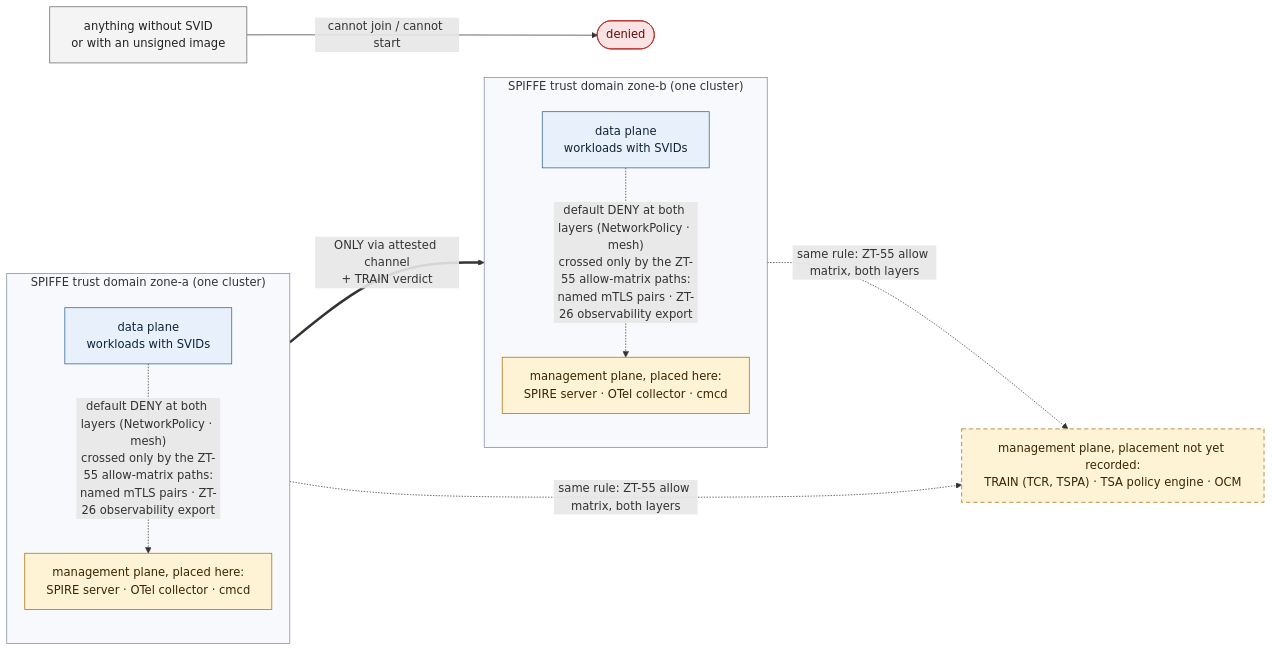
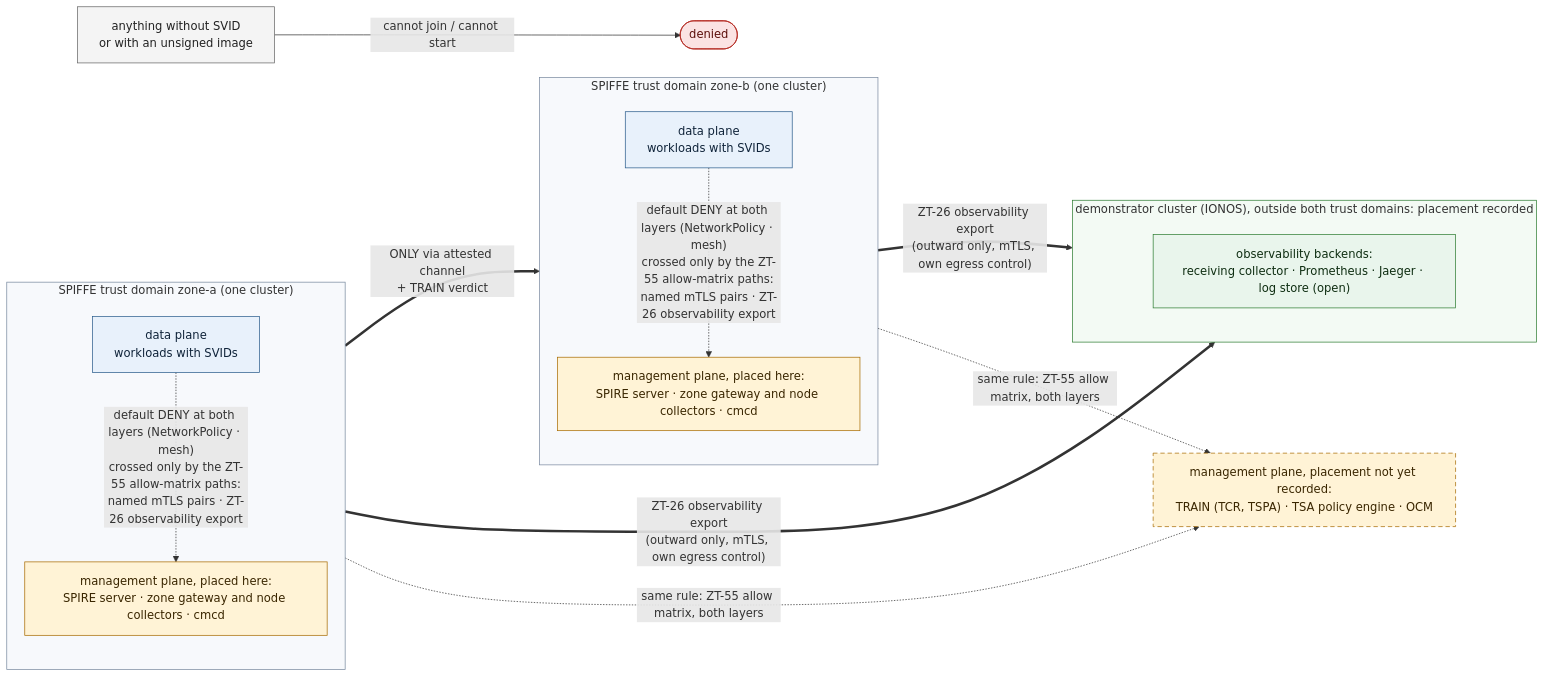
One commit to blopes-atals/facis-zero-trust-demonstrator changed the diagram in docs/diagrams/03-trust-boundaries.mmd. Above: the diagram before and after it, drawn with Mermaid. The commit also changed 21 other files, not shown here.

Commit message:
Document the observability placement in ADR-0012 and the guides

```diff
--- a/docs/diagrams/03-trust-boundaries.mmd
+++ b/docs/diagrams/03-trust-boundaries.mmd
@@ -1,45 +1,55 @@
-%% Render: npx -y -p @mermaid-js/mermaid-cli mmdc --no-font-embed -i docs/diagrams/03-trust-boundaries.mmd -o docs/diagrams/03-trust-boundaries.svg
-%% Diagram 03, trust boundaries. Illustrates ARCHITECTURE section 6; the allow matrix there is the place of record.
+%% Render: docker run --rm -u "$(id -u):$(id -g)" -v "$PWD/docs/diagrams:/data" minlag/mermaid-cli --no-font-embed -i /data/03-trust-boundaries.mmd -o /data/03-trust-boundaries.svg (or, with a local Chrome: npx -y -p @mermaid-js/mermaid-cli mmdc --no-font-embed -i docs/diagrams/03-trust-boundaries.mmd -o docs/diagrams/03-trust-boundaries.svg)
+%% Diagram 03, trust boundaries. Illustrates ARCHITECTURE section 6; the allow matrix and the bypass list there are the place of record.
 %% Edges are drawn at zone level so that each zone keeps its own top-to-bottom layout (Mermaid ignores a subgraph direction once a node inside it links outside).
 %% --no-font-embed: the embedded webfont is measured before it loads, which clips the widest line of every label in browsers.
 %%{init: {"flowchart": {"nodeSpacing": 30, "rankSpacing": 70, "wrappingWidth": 360}}}%%
 flowchart LR
   accTitle: Diagram 03, trust boundaries between the zones and the planes
   accDescr {
-    Two SPIFFE trust domains, zone-a and zone-b, each one cluster. Inside each zone the data-plane workloads, which hold SVIDs, sit next to the management-plane components placed in that zone: the SPIRE server, the OpenTelemetry Collector and cmcd. Calls from the data plane into that management plane are denied by default at both the NetworkPolicy and the mesh layer and are allowed only along the ZT-55 allow-matrix paths: named mTLS pairs and the ZT-26 observability export.
+    Two SPIFFE trust domains, zone-a and zone-b, each one cluster. Inside each zone the data-plane workloads, which hold SVIDs, sit next to the management-plane components placed in that zone: the SPIRE server, the zone gateway and node collectors (OpenTelemetry) and cmcd. Calls from the data plane into that management plane are denied by default at both the NetworkPolicy and the mesh layer and are allowed only along the ZT-55 allow-matrix paths: named mTLS pairs and the ZT-26 observability export.
     Zone-a reaches zone-b only through the attested channel plus a TRAIN verdict.
+    The demonstrator cluster (IONOS), outside both trust domains, holds the observability backends: the receiving collector, Prometheus, Jaeger and a log store still open. Each zone exports telemetry to it outward only, a ZT-26 declared bypass with mutual TLS and its own egress control; no edge leads from it into a zone.
     The management-plane components whose placement is not yet recorded, TRAIN (TCR and TSPA), the TSA policy engine and OCM, are drawn outside both zones; both zones reach them under the same rule, the ZT-55 allow matrix at both layers.
     Anything without an SVID or with an unsigned image is denied: it cannot join or cannot start.
     The allow matrix in architecture section 6 is the place of record for every permitted path.
   }
   classDef data fill:#e8f1fb,stroke:#2b5d8c,color:#10243a
   classDef mgmt fill:#fff3d6,stroke:#a86b00,color:#3a2600
   classDef prov fill:#fff3d6,stroke:#a86b00,stroke-dasharray:6 4,color:#3a2600
+  classDef obs fill:#e9f5ec,stroke:#2e7d32,color:#0f2e12
   classDef ext fill:#f4f4f4,stroke:#666,color:#222
   classDef deny fill:#fbe3e3,stroke:#b3261e,color:#5c0f0b
 
   subgraph TD_A["SPIFFE trust domain zone-a (one cluster)"]
     direction TB
     A1["data plane<br/>workloads with SVIDs"]:::data
-    A2["management plane, placed here:<br/>SPIRE server · OTel collector · cmcd"]:::mgmt
+    A2["management plane, placed here:<br/>SPIRE server · zone gateway and node collectors · cmcd"]:::mgmt
     A1 -. "default DENY at both layers (NetworkPolicy · mesh)<br/>crossed only by the ZT-55 allow-matrix paths:<br/>named mTLS pairs · ZT-26 observability export" .-> A2
   end
   subgraph TD_B["SPIFFE trust domain zone-b (one cluster)"]
     direction TB
     B1["data plane<br/>workloads with SVIDs"]:::data
-    B2["management plane, placed here:<br/>SPIRE server · OTel collector · cmcd"]:::mgmt
+    B2["management plane, placed here:<br/>SPIRE server · zone gateway and node collectors · cmcd"]:::mgmt
     B1 -. "default DENY at both layers (NetworkPolicy · mesh)<br/>crossed only by the ZT-55 allow-matrix paths:<br/>named mTLS pairs · ZT-26 observability export" .-> B2
   end
   TD_A == "ONLY via attested channel<br/>+ TRAIN verdict" ==> TD_B
   TD_A ~~~ MGMT_P
+
+  subgraph DEMO["demonstrator cluster (IONOS), outside both trust domains: placement recorded"]
+    direction TB
+    O1["observability backends:<br/>receiving collector · Prometheus · Jaeger · log store (open)"]:::obs
+  end
+  TD_A == "ZT-26 observability export<br/>(outward only, mTLS, own egress control)" ==> DEMO
+  TD_B == "ZT-26 observability export<br/>(outward only, mTLS, own egress control)" ==> DEMO
 
   MGMT_P["management plane, placement not yet recorded:<br/>TRAIN (TCR, TSPA) · TSA policy engine · OCM"]:::prov
   TD_A -. "same rule: ZT-55 allow matrix, both layers" .-> MGMT_P
   TD_B -. "same rule: ZT-55 allow matrix, both layers" .-> MGMT_P
 
   EXT["anything without SVID<br/>or with an unsigned image"]:::ext
   X(["denied"]):::deny
   EXT -- "cannot join / cannot start" --> X
 
   style TD_A fill:#f7f9fc,stroke:#7a8aa0
   style TD_B fill:#f7f9fc,stroke:#7a8aa0
+  style DEMO fill:#f3faf4,stroke:#2e7d32
```
